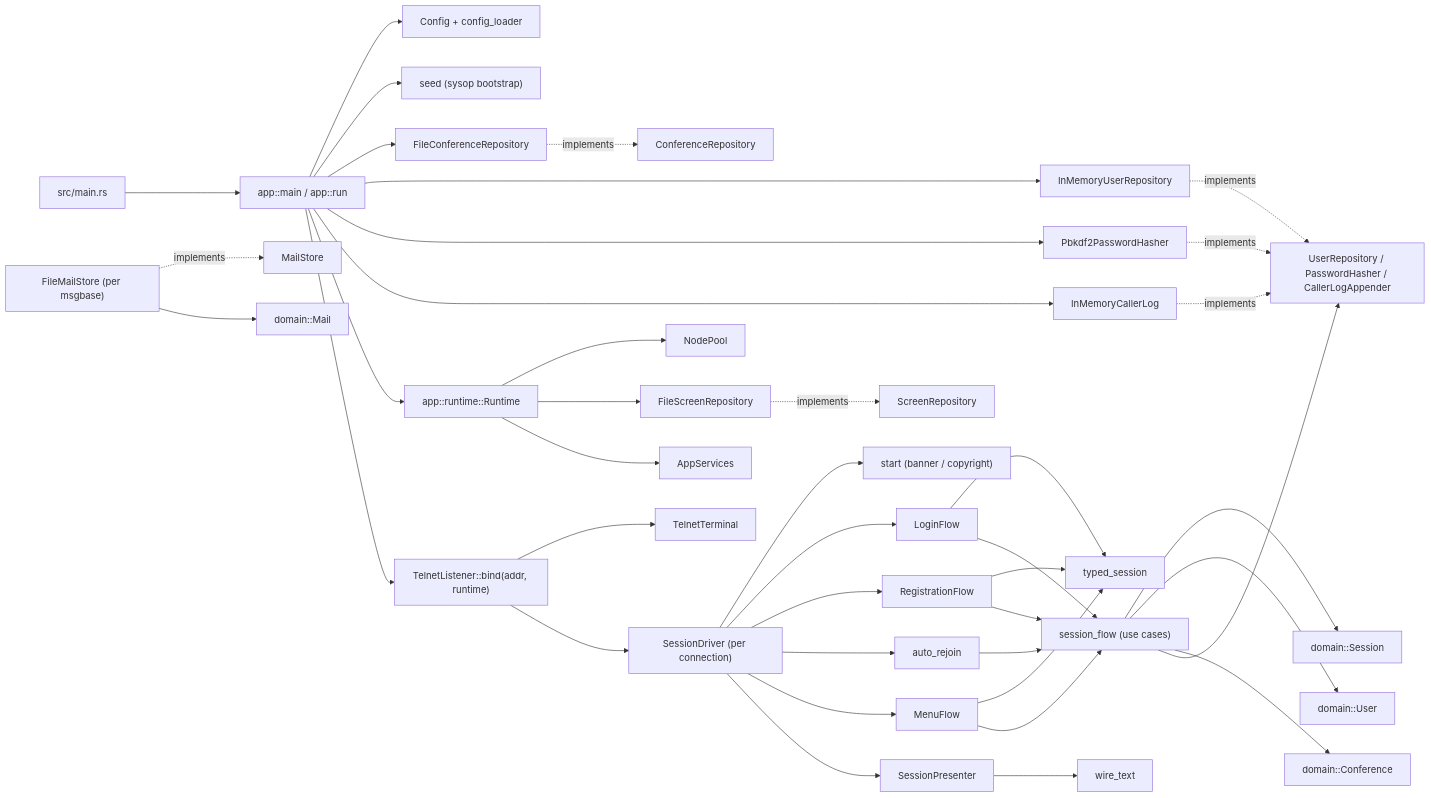
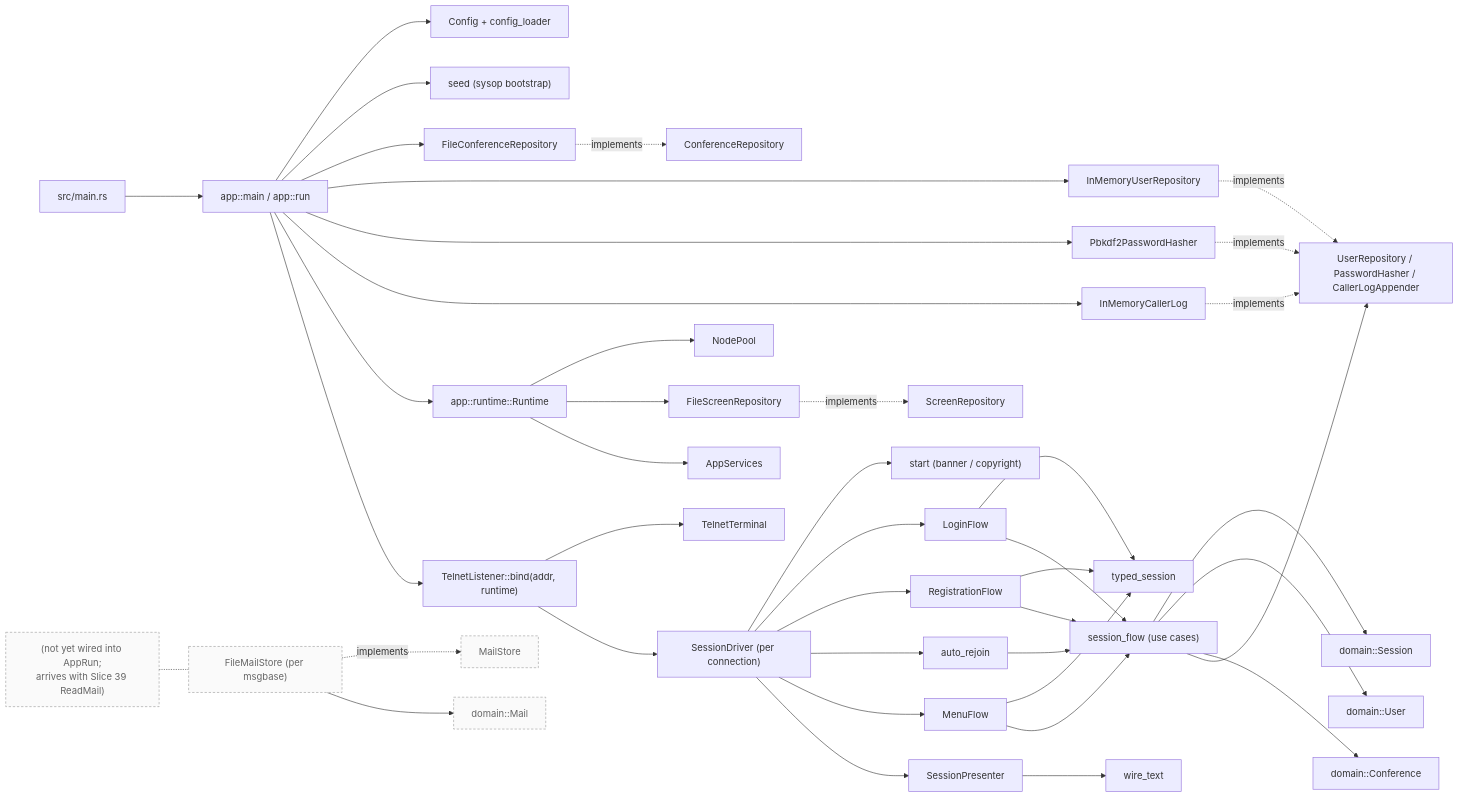
One commit to pingles/nextexpress changed the diagram in SYSTEM.md. Above: the diagram before and after it, drawn with Mermaid. The commit also changed other lines of this file, not shown here.

First line of the commit message:
SYSTEM.md: tighten the Slice 37 mail-store entry

````diff
--- a/SYSTEM.md
+++ b/SYSTEM.md
@@ -23,50 +23,54 @@
 ```mermaid
 flowchart LR
     Main["src/main.rs"] --> AppRun["app::main / app::run"]
 
     AppRun --> Config["Config + config_loader"]
     AppRun --> Seed["seed (sysop bootstrap)"]
     AppRun --> ConfRepo["FileConferenceRepository"]
     AppRun --> UserRepo["InMemoryUserRepository"]
     AppRun --> Hasher["Pbkdf2PasswordHasher"]
     AppRun --> CallerLog["InMemoryCallerLog"]
     AppRun --> Runtime["app::runtime::Runtime"]
 
     Runtime --> NodePool["NodePool"]
     Runtime --> Screens["FileScreenRepository"]
     Runtime --> Services["AppServices"]
 
     AppRun --> Telnet["TelnetListener::bind(addr, runtime)"]
     Telnet --> Terminal["TelnetTerminal"]
     Telnet --> Driver["SessionDriver (per connection)"]
 
     Driver --> Start["start (banner / copyright)"]
     Driver --> Login["LoginFlow"]
     Driver --> Registration["RegistrationFlow"]
     Driver --> AutoRejoin["auto_rejoin"]
     Driver --> Menu["MenuFlow"]
     Driver --> Presenter["SessionPresenter"]
 
     Login --> Typed["typed_session"]
     Registration --> Typed
     Menu --> Typed
     Login --> Flow["session_flow (use cases)"]
     Registration --> Flow
     Menu --> Flow
     AutoRejoin --> Flow
     Presenter --> WireText["wire_text"]
 
     Flow --> DomainSession["domain::Session"]
     Flow --> DomainUser["domain::User"]
     Flow --> DomainConference["domain::Conference"]
     Flow --> Ports["UserRepository / PasswordHasher / CallerLogAppender"]
 
     ConfRepo -.implements.-> ConfPort["ConferenceRepository"]
     UserRepo -.implements.-> Ports
     Hasher -.implements.-> Ports
     CallerLog -.implements.-> Ports
     Screens -.implements.-> ScreenPort["ScreenRepository"]
 
     MailStore["FileMailStore (per msgbase)"] -.implements.-> MailPort["MailStore"]
     MailStore --> Mail["domain::Mail"]
+    MailPending["(not yet wired into AppRun;<br/>arrives with Slice 39 ReadMail)"] -.- MailStore
+
+    classDef pending fill:#fafafa,stroke:#999,stroke-dasharray:4 3,color:#666
+    class MailStore,Mail,MailPort,MailPending pending
 ```
````
